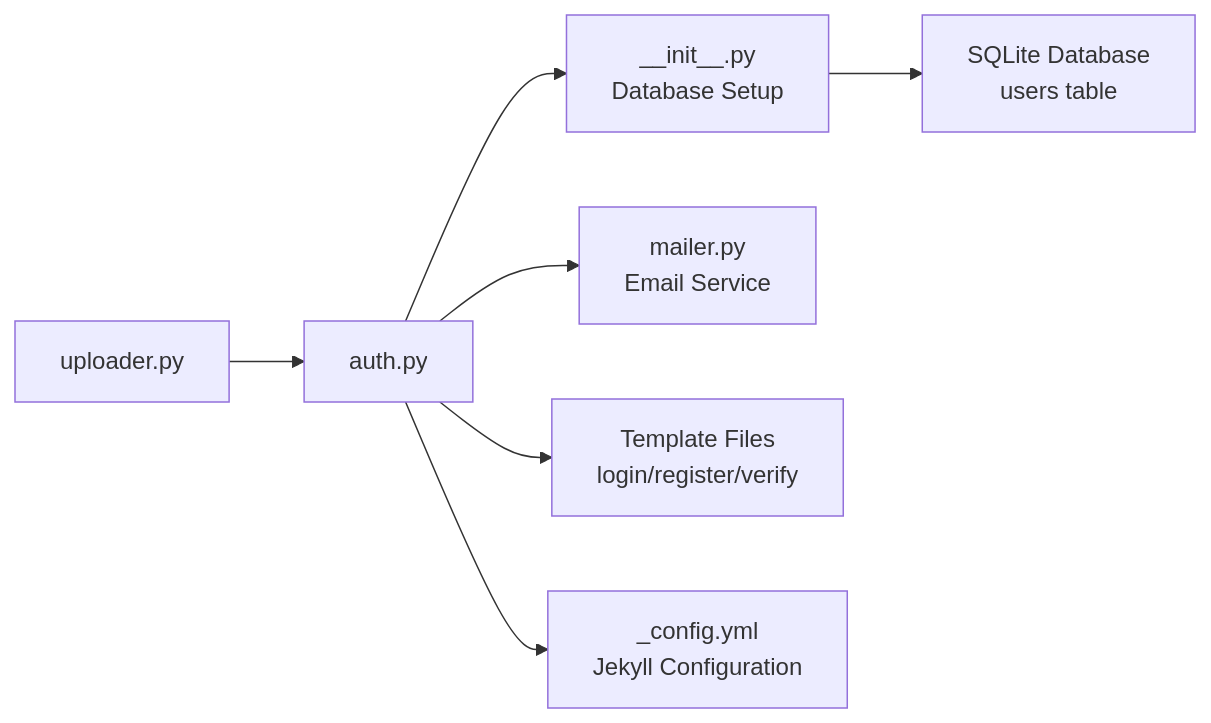
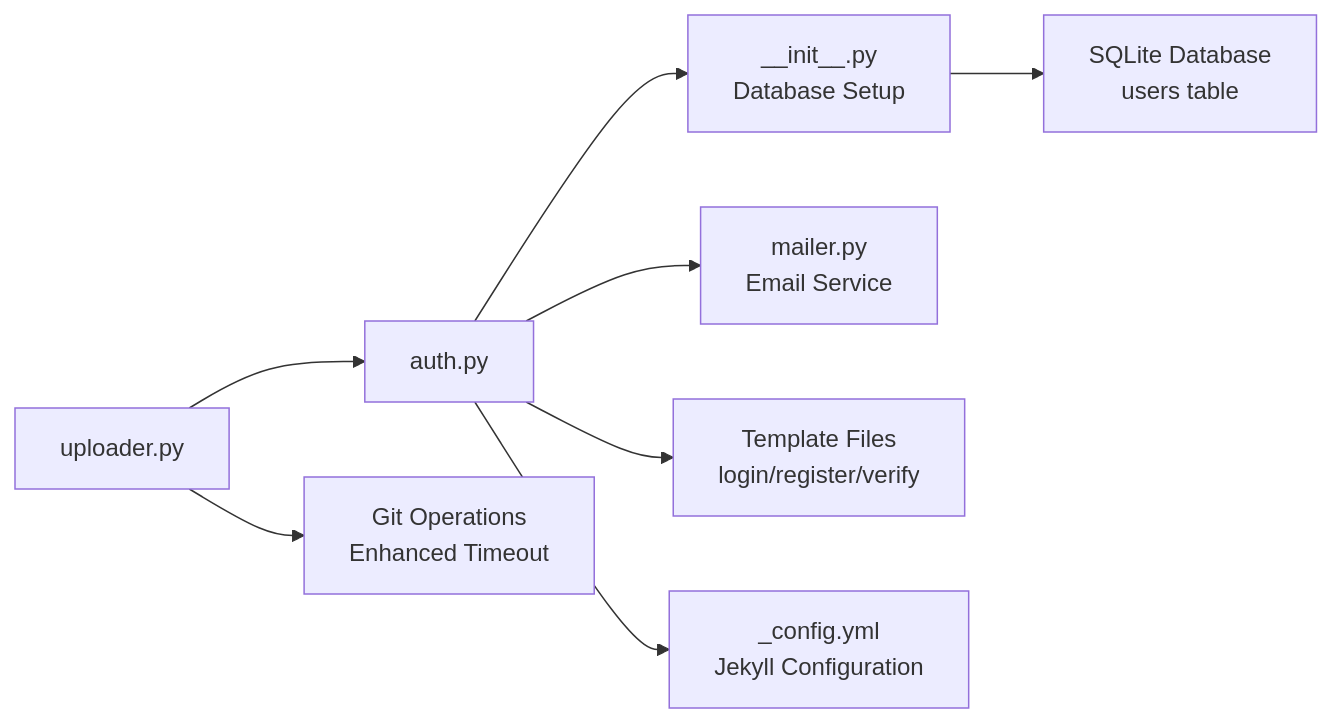
One commit to PolarisW007/PolaZhenJing changed the third of 3 diagrams in .qoder/repowiki/en/content/Backend Application/Authentication System.md. Above: the diagram before and after it, drawn with Mermaid. The commit also changed other lines of this file and 17 other files, not shown here.

````diff
--- a/.qoder/repowiki/en/content/Backend Application/Authentication System.md
+++ b/.qoder/repowiki/en/content/Backend Application/Authentication System.md
@@ -263,10 +292,11 @@
 ```mermaid
 graph LR
 AUTH["auth.py"] --> INIT["__init__.py<br/>Database Setup"]
 AUTH --> MAILER["mailer.py<br/>Email Service"]
 AUTH --> TEMPLATES["Template Files<br/>login/register/verify"]
 INIT --> SQLITE["SQLite Database<br/>users table"]
 UPLOADER["uploader.py"] --> AUTH
+UPLOADER --> GIT["Git Operations<br/>Enhanced Timeout"]
 CONFIG["_config.yml<br/>Jekyll Configuration"]
 AUTH --> CONFIG
 ```
````
